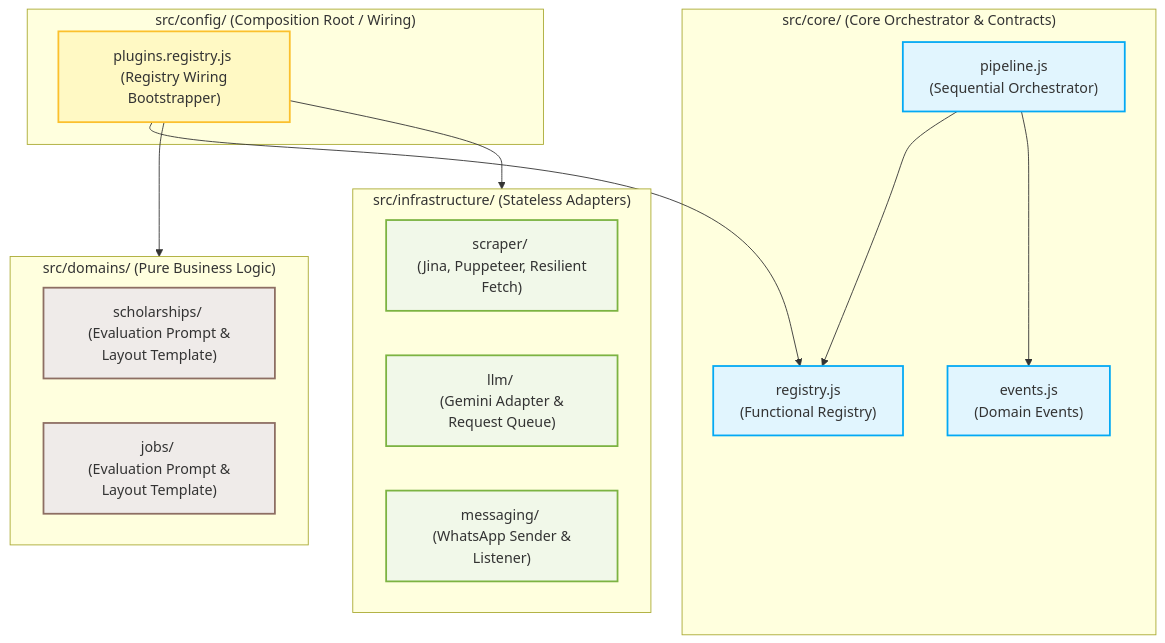
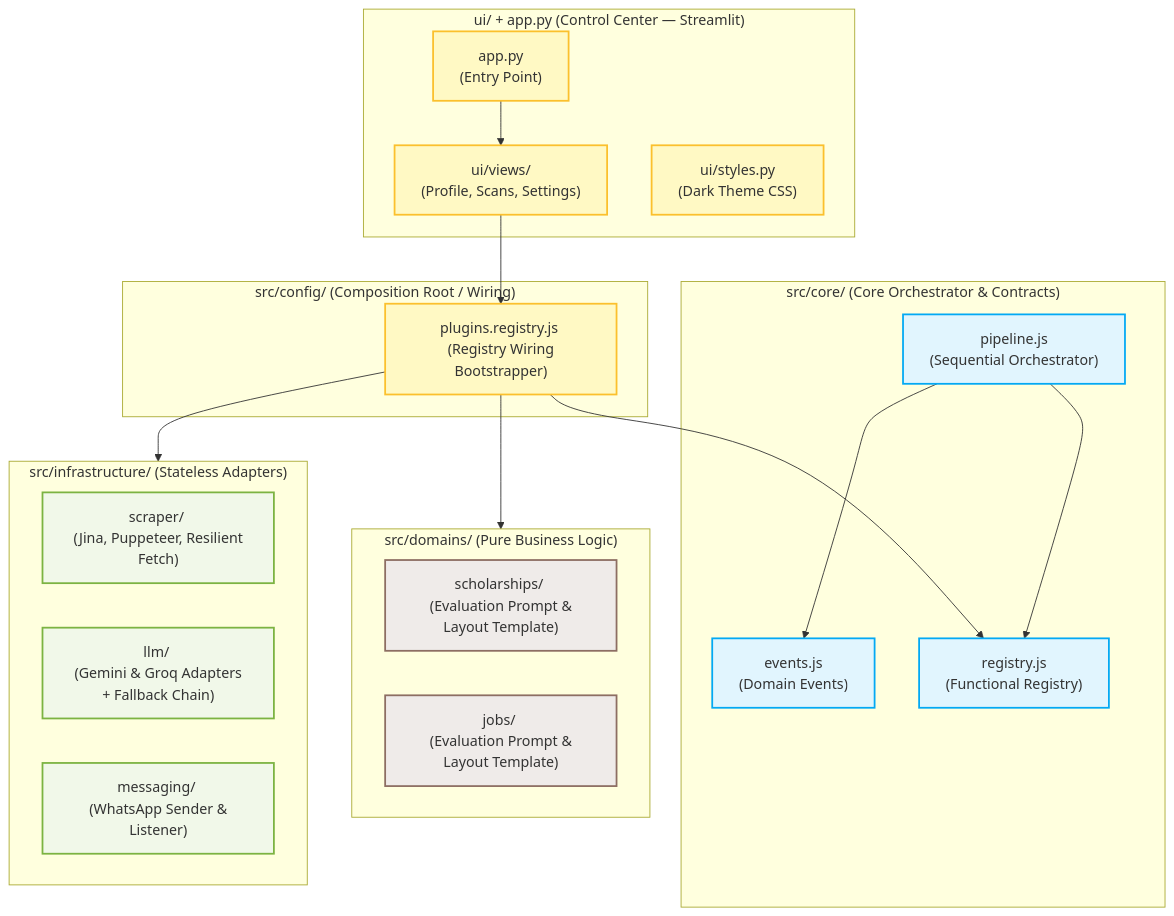
One commit to AhmadHassan-BTed/Noria changed the first of 2 diagrams in README.md. Above: the diagram before and after it, drawn with Mermaid. The commit also changed other lines of this file, not shown here.

Commit message:
docs: update README diagrams - add Groq/LLM fallback chain, UI layer, and full repo tree

````diff
--- a/README.md
+++ b/README.md
@@ -64,34 +64,42 @@
 ```mermaid
 graph TD
     classDef core fill:#e1f5fe,stroke:#03a9f4,stroke-width:2px;
     classDef domain fill:#efebe9,stroke:#8d6e63,stroke-width:2px;
     classDef infra fill:#f1f8e9,stroke:#7cb342,stroke-width:2px;
     classDef config fill:#fff9c4,stroke:#fbc02d,stroke-width:2px;
 
     subgraph Domains ["src/domains/ (Pure Business Logic)"]
         Scholarships["scholarships/ <br> (Evaluation Prompt & Layout Template)"]:::domain
         Jobs["jobs/ <br> (Evaluation Prompt & Layout Template)"]:::domain
     end
 
     subgraph Core ["src/core/ (Core Orchestrator & Contracts)"]
         Pipeline["pipeline.js <br> (Sequential Orchestrator)"]:::core
         Registry["registry.js <br> (Functional Registry)"]:::core
         Events["events.js <br> (Domain Events)"]:::core
     end
 
     subgraph Infrastructure ["src/infrastructure/ (Stateless Adapters)"]
         Scrapers["scraper/ <br> (Jina, Puppeteer, Resilient Fetch)"]:::infra
-        LLM["llm/ <br> (Gemini Adapter & Request Queue)"]:::infra
+        LLM["llm/ <br> (Gemini & Groq Adapters + Fallback Chain)"]:::infra
         Messaging["messaging/ <br> (WhatsApp Sender & Listener)"]:::infra
+    end
+
+    subgraph UI ["ui/ + app.py (Control Center — Streamlit)"]
+        ControlCenter["app.py <br> (Entry Point)"]:::config
+        Views["ui/views/ <br> (Profile, Scans, Settings)"]:::config
+        Styles["ui/styles.py <br> (Dark Theme CSS)"]:::config
     end
 
     subgraph Config ["src/config/ (Composition Root / Wiring)"]
         PluginRegistry["plugins.registry.js <br> (Registry Wiring Bootstrapper)"]:::config
     end
 
     PluginRegistry --> Registry
     PluginRegistry --> Domains
     PluginRegistry --> Infrastructure
     Pipeline --> Registry
     Pipeline --> Events
+    ControlCenter --> Views
+    Views --> PluginRegistry
 ```
````
